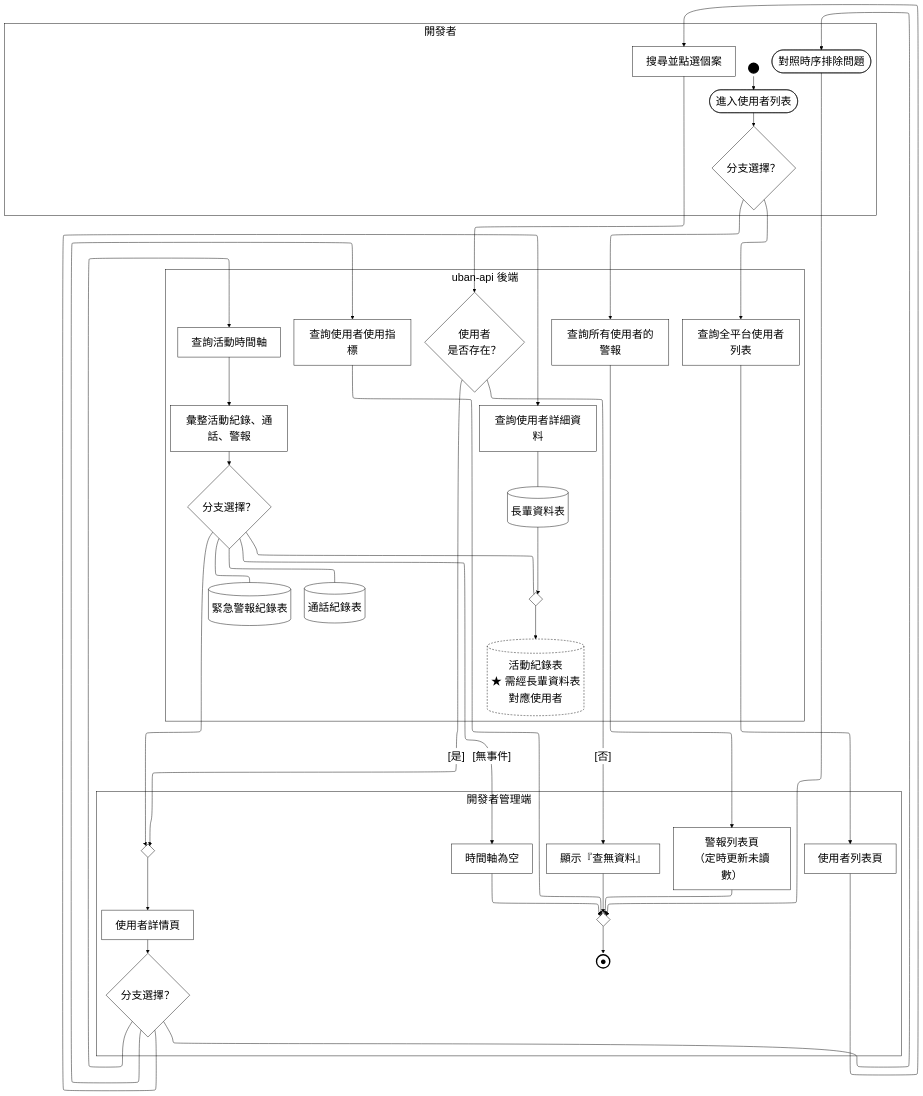
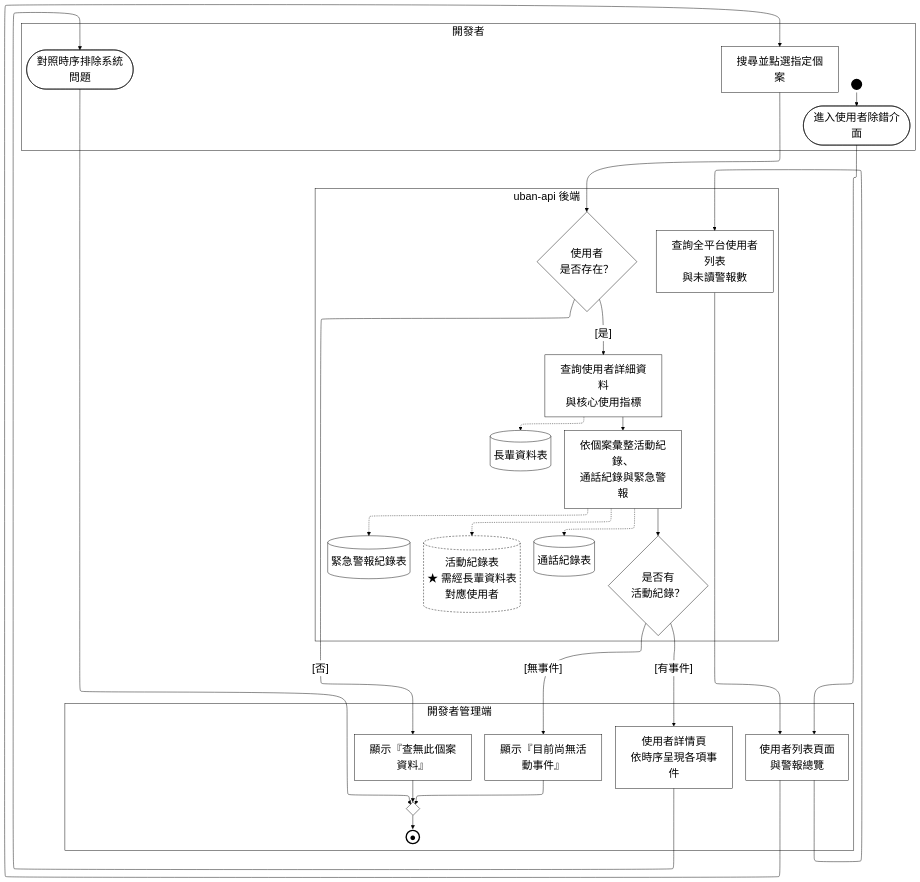
Before and after one commit to HuangYu-Kai/Uban: the diagram in Uban System Documents/mermaid原始碼/A26-使用者除錯.mmd, drawn with Mermaid. The commit also changed 116 other files, not shown here.

```diff
--- a/Uban System Documents/mermaid原始碼/A26-使用者除錯.mmd
+++ b/Uban System Documents/mermaid原始碼/A26-使用者除錯.mmd
@@ -1,78 +1,58 @@
 %%{init:{"layout":"elk","elk":{"mergeEdges":false,"nodePlacementStrategy":"NETWORK_SIMPLEX"},"flowchart":{"htmlLabels":true},"themeVariables":{"clusterBkg":"#FFFFFF","clusterBorder":"#000000","edgeLabelBackground":"#FFFFFF","textColor":"#000000","nodeTextColor":"#000000","titleColor":"#000000","lineColor":"#000000","fontSize":"24px"}}}%%
 flowchart TD
-  %% 鎖住泳道順序：ELK 不照宣告順序排，沒有這條鏈後端會跑到最上面
   subgraph ROLE["開發者"]
-    PAD_ROLE["&nbsp;&nbsp;&nbsp;&nbsp;&nbsp;&nbsp;&nbsp;&nbsp;&nbsp;&nbsp;&nbsp;&nbsp;&nbsp;&nbsp;&nbsp;&nbsp;&nbsp;&nbsp;&nbsp;&nbsp;&nbsp;&nbsp;&nbsp;&nbsp;&nbsp;&nbsp;&nbsp;&nbsp;&nbsp;&nbsp;&nbsp;&nbsp;&nbsp;&nbsp;&nbsp;&nbsp;&nbsp;&nbsp;&nbsp;&nbsp;&nbsp;&nbsp;&nbsp;&nbsp;&nbsp;&nbsp;&nbsp;&nbsp;&nbsp;&nbsp;&nbsp;&nbsp;&nbsp;&nbsp;&nbsp;&nbsp;&nbsp;&nbsp;&nbsp;&nbsp;&nbsp;&nbsp;&nbsp;&nbsp;&nbsp;&nbsp;&nbsp;&nbsp;&nbsp;&nbsp;&nbsp;&nbsp;&nbsp;&nbsp;&nbsp;&nbsp;&nbsp;&nbsp;&nbsp;&nbsp;&nbsp;&nbsp;&nbsp;&nbsp;&nbsp;&nbsp;&nbsp;&nbsp;&nbsp;&nbsp;&nbsp;&nbsp;&nbsp;&nbsp;&nbsp;&nbsp;&nbsp;&nbsp;&nbsp;&nbsp;&nbsp;&nbsp;&nbsp;&nbsp;&nbsp;&nbsp;&nbsp;&nbsp;&nbsp;&nbsp;&nbsp;&nbsp;&nbsp;&nbsp;&nbsp;&nbsp;&nbsp;&nbsp;&nbsp;&nbsp;&nbsp;&nbsp;&nbsp;&nbsp;&nbsp;&nbsp;&nbsp;&nbsp;&nbsp;&nbsp;&nbsp;&nbsp;&nbsp;&nbsp;&nbsp;&nbsp;&nbsp;&nbsp;&nbsp;&nbsp;&nbsp;&nbsp;&nbsp;&nbsp;&nbsp;&nbsp;&nbsp;&nbsp;&nbsp;&nbsp;&nbsp;&nbsp;&nbsp;&nbsp;&nbsp;&nbsp;&nbsp;&nbsp;&nbsp;&nbsp;&nbsp;&nbsp;&nbsp;&nbsp;&nbsp;&nbsp;&nbsp;&nbsp;&nbsp;&nbsp;&nbsp;&nbsp;&nbsp;&nbsp;&nbsp;&nbsp;&nbsp;&nbsp;&nbsp;&nbsp;&nbsp;&nbsp;&nbsp;&nbsp;&nbsp;&nbsp;&nbsp;&nbsp;&nbsp;&nbsp;&nbsp;&nbsp;&nbsp;&nbsp;"]:::pad
+    PAD_ROLE["&nbsp;&nbsp;&nbsp;&nbsp;&nbsp;&nbsp;&nbsp;&nbsp;&nbsp;&nbsp;&nbsp;&nbsp;&nbsp;&nbsp;&nbsp;&nbsp;&nbsp;&nbsp;&nbsp;&nbsp;&nbsp;&nbsp;&nbsp;&nbsp;&nbsp;&nbsp;&nbsp;&nbsp;&nbsp;&nbsp;&nbsp;&nbsp;&nbsp;&nbsp;&nbsp;&nbsp;&nbsp;&nbsp;&nbsp;&nbsp;&nbsp;&nbsp;&nbsp;&nbsp;&nbsp;&nbsp;&nbsp;&nbsp;&nbsp;&nbsp;&nbsp;&nbsp;&nbsp;&nbsp;&nbsp;&nbsp;&nbsp;&nbsp;&nbsp;&nbsp;&nbsp;&nbsp;&nbsp;&nbsp;&nbsp;&nbsp;&nbsp;&nbsp;&nbsp;&nbsp;&nbsp;&nbsp;&nbsp;&nbsp;&nbsp;&nbsp;&nbsp;&nbsp;&nbsp;&nbsp;&nbsp;&nbsp;&nbsp;&nbsp;&nbsp;&nbsp;&nbsp;&nbsp;&nbsp;&nbsp;&nbsp;&nbsp;&nbsp;&nbsp;&nbsp;&nbsp;&nbsp;&nbsp;&nbsp;&nbsp;&nbsp;&nbsp;&nbsp;&nbsp;&nbsp;&nbsp;&nbsp;&nbsp;&nbsp;&nbsp;&nbsp;&nbsp;&nbsp;&nbsp;&nbsp;&nbsp;&nbsp;&nbsp;&nbsp;&nbsp;&nbsp;&nbsp;&nbsp;&nbsp;&nbsp;&nbsp;&nbsp;&nbsp;&nbsp;&nbsp;&nbsp;&nbsp;&nbsp;&nbsp;&nbsp;&nbsp;&nbsp;&nbsp;&nbsp;&nbsp;&nbsp;&nbsp;&nbsp;&nbsp;&nbsp;&nbsp;&nbsp;&nbsp;&nbsp;&nbsp;&nbsp;&nbsp;&nbsp;&nbsp;&nbsp;&nbsp;&nbsp;&nbsp;&nbsp;&nbsp;&nbsp;&nbsp;&nbsp;&nbsp;&nbsp;&nbsp;&nbsp;&nbsp;&nbsp;&nbsp;&nbsp;&nbsp;&nbsp;&nbsp;&nbsp;&nbsp;&nbsp;&nbsp;"]:::pad
     ST_S1(("&nbsp;")):::term
-    S1([進入使用者列表]):::act
-    S2["搜尋並點選個案"]:::act
-    S3(["對照時序排除問題"]):::act
-    D_S1{"分支選擇？"}:::dec
+    S1([進入使用者除錯介面]):::act
+    S2["搜尋並點選指定個案"]:::act
+    S3(["對照時序排除系統問題"]):::act
   end
   subgraph FE["開發者管理端"]
     PAD_FE["&nbsp;&nbsp;&nbsp;&nbsp;&nbsp;&nbsp;&nbsp;&nbsp;&nbsp;&nbsp;&nbsp;&nbsp;&nbsp;&nbsp;&nbsp;&nbsp;&nbsp;&nbsp;&nbsp;&nbsp;&nbsp;&nbsp;&nbsp;&nbsp;&nbsp;&nbsp;&nbsp;&nbsp;&nbsp;&nbsp;&nbsp;&nbsp;&nbsp;&nbsp;&nbsp;&nbsp;&nbsp;&nbsp;&nbsp;&nbsp;&nbsp;&nbsp;&nbsp;&nbsp;&nbsp;&nbsp;&nbsp;&nbsp;&nbsp;&nbsp;&nbsp;&nbsp;&nbsp;&nbsp;&nbsp;&nbsp;&nbsp;&nbsp;&nbsp;&nbsp;&nbsp;&nbsp;&nbsp;&nbsp;&nbsp;&nbsp;&nbsp;&nbsp;&nbsp;&nbsp;&nbsp;&nbsp;&nbsp;&nbsp;&nbsp;&nbsp;&nbsp;&nbsp;&nbsp;&nbsp;&nbsp;"]:::pad
-    A1["使用者列表頁"]:::act
-    A2["使用者詳情頁"]:::act
-    A3["警報列表頁<br/>（定時更新未讀數）"]:::act
-    A4["顯示『查無資料』"]:::act
-    A5["時間軸為空"]:::act
-    D_A2{"分支選擇？"}:::dec
-    M_A2{" "}:::dec
+    A1["使用者列表頁面<br/>與警報總覽"]:::act
+    A4["顯示『查無此個案資料』"]:::act
+    A2["使用者詳情頁<br/>依時序呈現各項事件"]:::act
+    A5["顯示『目前尚無活動事件』"]:::act
     M_END{" "}:::dec
     EN_ALL(("●")):::endterm
   end
   subgraph BE["uban-api 後端"]
-    B1["查詢全平台使用者列表"]:::act
+    B1["查詢全平台使用者列表<br/>與未讀警報數"]:::act
     B2{"使用者<br/>是否存在？"}:::dec
-    B3["查詢使用者詳細資料"]:::act
-    B4["查詢使用者使用指標"]:::act
-    B5["查詢活動時間軸"]:::act
-    B6["查詢所有使用者的警報"]:::act
-    B7["彙整活動紀錄、通話、警報"]:::act
+    B3["查詢使用者詳細資料<br/>與核心使用指標"]:::act
+    B7["依個案彙整活動紀錄、<br/>通話紀錄與緊急警報"]:::act
+    B8{"是否有<br/>活動紀錄？"}:::dec
     D1[("長輩資料表")]:::act
     D2[("活動紀錄表<br/>★ 需經長輩資料表對應使用者")]:::gap
     D3[("通話紀錄表")]:::act
     D4[("緊急警報紀錄表")]:::act
-    D_B7{"分支選擇？"}:::dec
-    M_D2{" "}:::dec
   end
 
   ST_S1 --> S1
-  D_S1 --> B1
+  S1 --> A1
+  A1 --> B1
   B1 --> A1
   A1 --> S2
   S2 --> B2
   B2 -->|"[否]"| A4
-  B2 -->|"[是]"| M_A2
-  D_A2 --> B3
-  B3 --- D1
-  D_A2 --> B4
-  D_A2 --> B5
-  B5 --> B7
-  D1 --> M_D2
-  D_B7 --- M_D2
-  D_B7 --- D3
-  D_B7 --- D4
-  D_B7 --> M_A2
-  D_A2 --> S3
-  D_B7 -->|"[無事件]"| A5
-  D_S1 --> B6
-  B6 --> A3
+  A4 --> M_END
+  B2 -->|"[是]"| B3
+  B3 -.-> D1
+  B3 --> B7
+  B7 -.-> D2
+  B7 -.-> D3
+  B7 -.-> D4
+  B7 --> B8
+  B8 -->|"[無事件]"| A5
+  A5 --> M_END
+  B8 -->|"[有事件]"| A2
+  A2 --> S3
   S3 --> M_END
-  A3 --> M_END
-  A4 --> M_END
-  A5 --> M_END
-  B4 --> M_END
-  S1 --> D_S1
-  A2 --> D_A2
-  B7 --> D_B7
-  M_A2 --> A2
-  M_D2 --> D2
   M_END --> EN_ALL
   ROLE ~~~ FE ~~~ BE
   classDef pad  fill:none,stroke:none,color:#FFFFFF
   classDef act  fill:#FFFFFF,stroke:#000000,stroke-width:1px,color:#000000
   classDef dec  fill:#FFFFFF,stroke:#000000,stroke-width:1px,color:#000000
   classDef term fill:#000000,stroke:#000000,stroke-width:3px,color:#000000
   classDef endterm fill:#FFFFFF,stroke:#000000,stroke-width:3px,color:#000000
   classDef gap  fill:#FFFFFF,stroke:#000000,stroke-width:1px,color:#000000,stroke-dasharray:4 3
```
